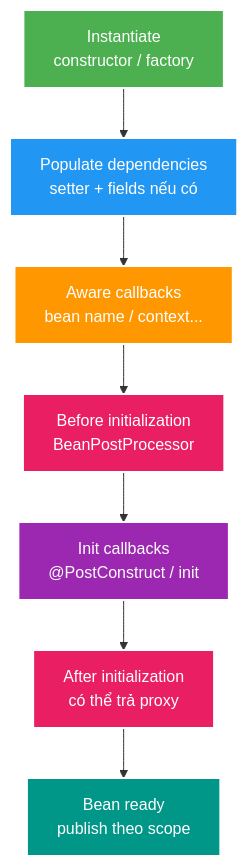
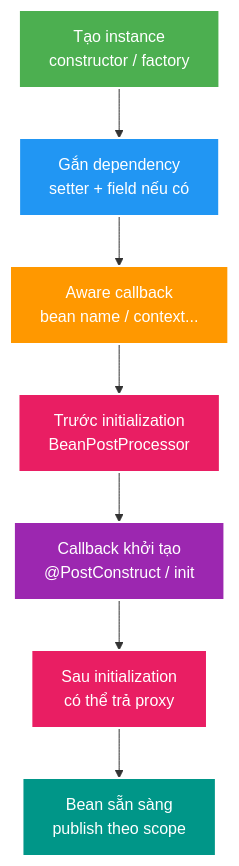
The second of 2 diagrams in docs/learning/topics/spring/theory/core/ioc-bean-lifecycle-and-dependency-injection.md (HungPhan200591/live-stream-backend), drawn with Mermaid before and after one commit. The commit also changed other lines of this file and 177 other files, not shown here.

````diff
--- a/docs/learning/topics/spring/theory/core/ioc-bean-lifecycle-and-dependency-injection.md
+++ b/docs/learning/topics/spring/theory/core/ioc-bean-lifecycle-and-dependency-injection.md
@@ -166,17 +166,17 @@
 ```mermaid
 flowchart TB
-    A["Instantiate<br/>constructor / factory"] --> B["Populate dependencies<br/>setter + fields nếu có"]
-    B --> C["Aware callbacks<br/>bean name / context..."]
-    C --> D["Before initialization<br/>BeanPostProcessor"]
-    D --> E["Init callbacks<br/>@PostConstruct / init"]
-    E --> F["After initialization<br/>có thể trả proxy"]
-    F --> G["Bean ready<br/>publish theo scope"]
+    A["Tạo instance<br/>constructor / factory"] --> B["Gắn dependency<br/>setter + field nếu có"]
+    B --> C["Aware callback<br/>bean name / context..."]
+    C --> D["Trước initialization<br/>BeanPostProcessor"]
+    D --> E["Callback khởi tạo<br/>@PostConstruct / init"]
+    E --> F["Sau initialization<br/>có thể trả proxy"]
+    F --> G["Bean sẵn sàng<br/>publish theo scope"]
 
     style A fill:#4CAF50,stroke:#fff,stroke-width:2px,color:#fff
     style B fill:#2196F3,stroke:#fff,stroke-width:2px,color:#fff
     style C fill:#FF9800,stroke:#fff,stroke-width:2px,color:#fff
     style D fill:#E91E63,stroke:#fff,stroke-width:2px,color:#fff
     style E fill:#9C27B0,stroke:#fff,stroke-width:2px,color:#fff
     style F fill:#E91E63,stroke:#fff,stroke-width:2px,color:#fff
     style G fill:#009688,stroke:#fff,stroke-width:2px,color:#fff
 ```
````
